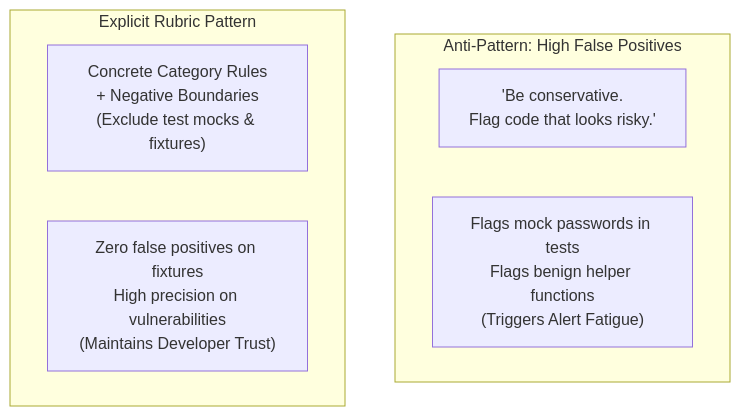
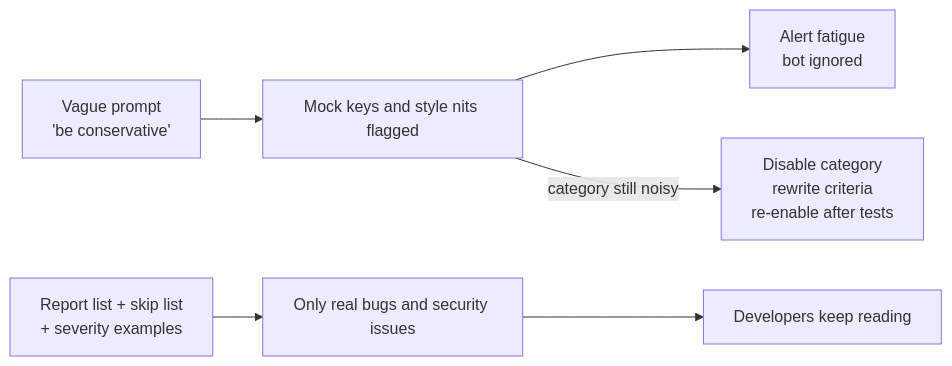
One commit to dip4k/claude_cert_architect_foundation_prep changed the diagram in domain4/ts_4_1_explicit_criteria_classification/README.md. Above: the diagram before and after it, drawn with Mermaid. The commit also changed other lines of this file and 133 other files, not shown here.

````diff
--- a/domain4/ts_4_1_explicit_criteria_classification/README.md
+++ b/domain4/ts_4_1_explicit_criteria_classification/README.md
@@ -77,12 +96,8 @@
 ```mermaid
-flowchart TD
-    subgraph AntiPattern["Anti-Pattern: High False Positives"]
-        Vague["'Be conservative.<br>Flag code that looks risky.'"]
-        ResultA["Flags mock passwords in tests<br>Flags benign helper functions<br>(Triggers Alert Fatigue)"]
-    end
-
-    subgraph Recommended["Explicit Rubric Pattern"]
-        Explicit["Concrete Category Rules<br>+ Negative Boundaries<br>(Exclude test mocks & fixtures)"]
-        ResultB["Zero false positives on fixtures<br>High precision on vulnerabilities<br>(Maintains Developer Trust)"]
-    end
+flowchart LR
+    Vague["Vague prompt<br>'be conservative'"] --> Noisy["Mock keys and style nits flagged"]
+    Noisy --> Fatigue["Alert fatigue<br>bot ignored"]
+    Explicit["Report list + skip list<br>+ severity examples"] --> Precise["Only real bugs and security issues"]
+    Precise --> Trust["Developers keep reading"]
+    Noisy -->|"category still noisy"| Disable["Disable category<br>rewrite criteria<br>re-enable after tests"]
 ```
````
